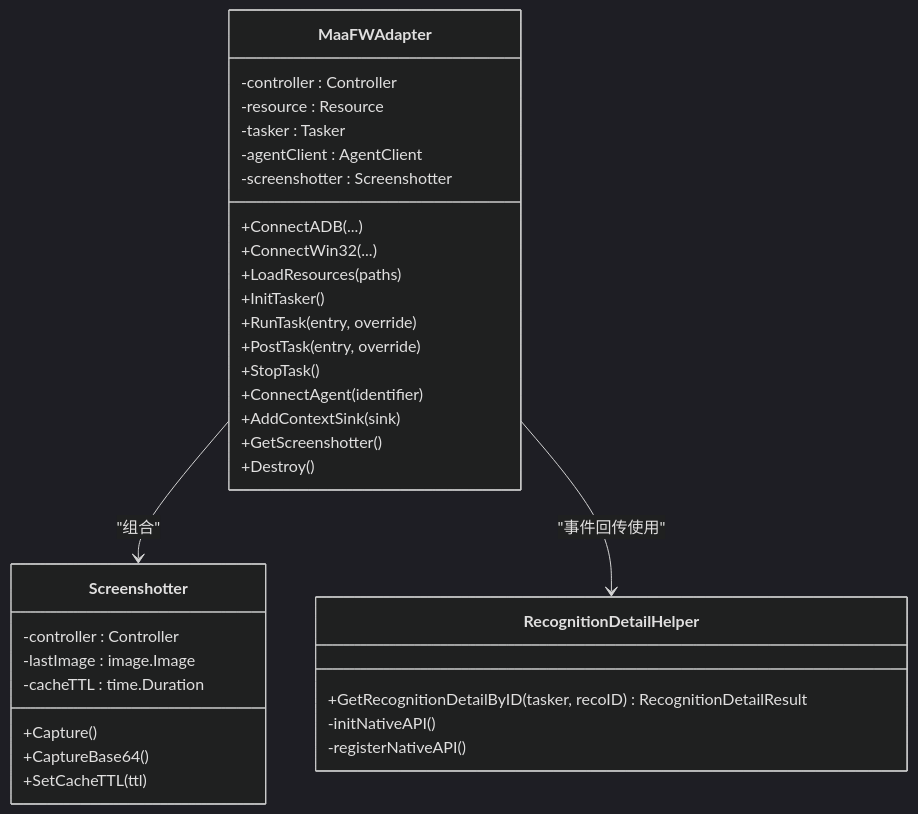
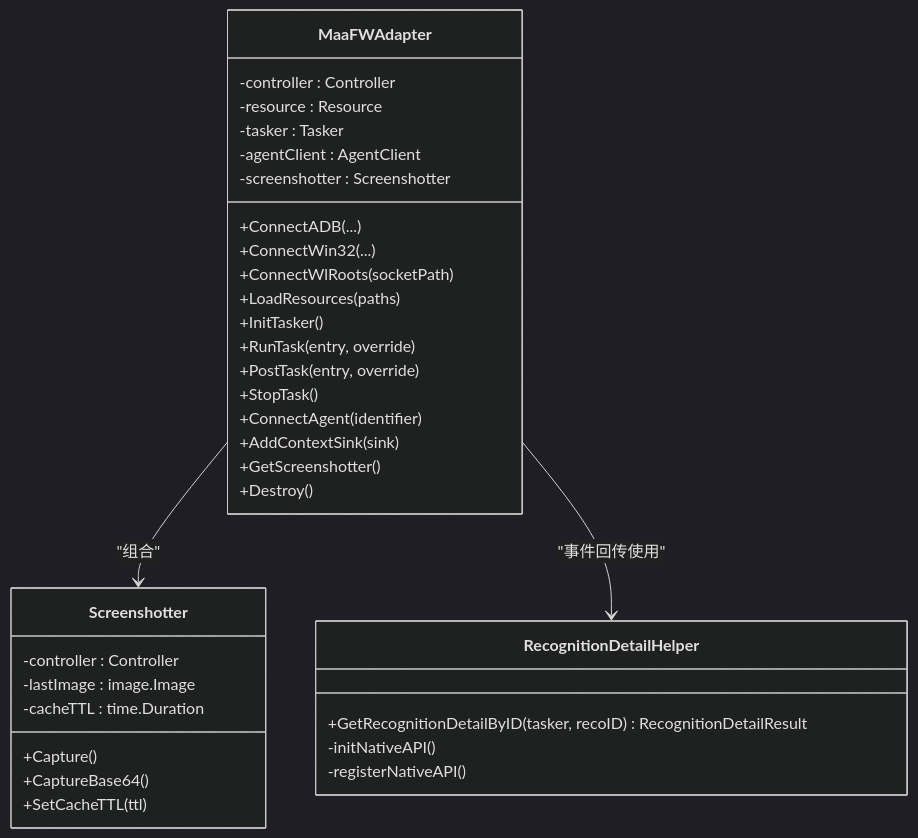
One commit to kqcoxn/MaaPipelineEditor changed the fourth of 7 diagrams in .qoder/repowiki/zh/content/本地服务集成/MaaFramework集成.md. Above: the diagram before and after it, drawn with Mermaid (dark theme). The commit also changed other lines of this file and 17 other files, not shown here.

````diff
--- a/.qoder/repowiki/zh/content/本地服务集成/MaaFramework集成.md
+++ b/.qoder/repowiki/zh/content/本地服务集成/MaaFramework集成.md
@@ -198,36 +205,37 @@
 ```mermaid
 classDiagram
 class MaaFWAdapter {
 -controller : Controller
 -resource : Resource
 -tasker : Tasker
 -agentClient : AgentClient
 -screenshotter : Screenshotter
 +ConnectADB(...)
 +ConnectWin32(...)
++ConnectWlRoots(socketPath)
 +LoadResources(paths)
 +InitTasker()
 +RunTask(entry, override)
 +PostTask(entry, override)
 +StopTask()
 +ConnectAgent(identifier)
 +AddContextSink(sink)
 +GetScreenshotter()
 +Destroy()
 }
 class Screenshotter {
 -controller : Controller
 -lastImage : image.Image
 -cacheTTL : time.Duration
 +Capture()
 +CaptureBase64()
 +SetCacheTTL(ttl)
 }
 class RecognitionDetailHelper {
 +GetRecognitionDetailByID(tasker, recoID) RecognitionDetailResult
 -initNativeAPI()
 -registerNativeAPI()
 }
 MaaFWAdapter --> Screenshotter : "组合"
 MaaFWAdapter --> RecognitionDetailHelper : "事件回传使用"
 ```
````
